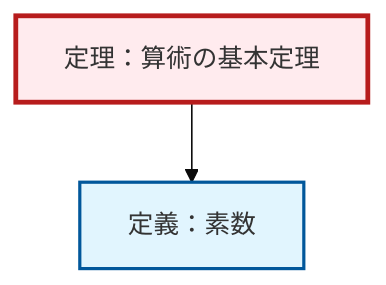
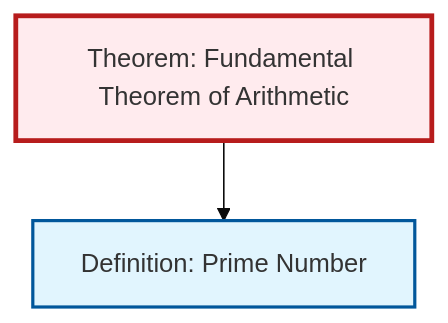
One commit to RK0429/ModernMath changed the diagram in content/ja/number-theory/thm-fundamental-arithmetic.qmd. Above: the diagram before and after it, drawn with Mermaid (base theme). The commit also changed 203 other files, not shown here.

````diff
--- a/content/ja/number-theory/thm-fundamental-arithmetic.qmd
+++ b/content/ja/number-theory/thm-fundamental-arithmetic.qmd
@@ -65,15 +65,13 @@
 ```{mermaid}
-%%| fig-cap: "ローカル依存関係グラフ"
+%%| fig-cap: "Local dependency graph"
 graph TD
     classDef definition fill:#e1f5fe,stroke:#01579b,stroke-width:2px
     classDef theorem fill:#f3e5f5,stroke:#4a148c,stroke-width:2px
     classDef axiom fill:#fff3e0,stroke:#e65100,stroke-width:2px
     classDef example fill:#e8f5e9,stroke:#1b5e20,stroke-width:2px
     classDef current fill:#ffebee,stroke:#b71c1c,stroke-width:3px
-    def-prime["定義：素数"]:::definition
-    thm-fundamental-arithmetic["定理：算術の基本定理"]:::theorem
+    def-prime["Definition: Prime Number"]:::definition
+    thm-fundamental-arithmetic["Theorem: Fundamental Theorem of Arithmetic"]:::theorem
     thm-fundamental-arithmetic --> def-prime
     class thm-fundamental-arithmetic current
-
-    click def-prime "def-prime.html" "Go to 定義：素数"
 ```
````
